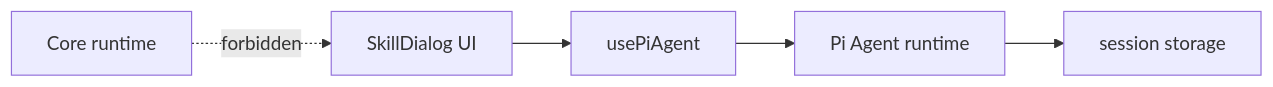
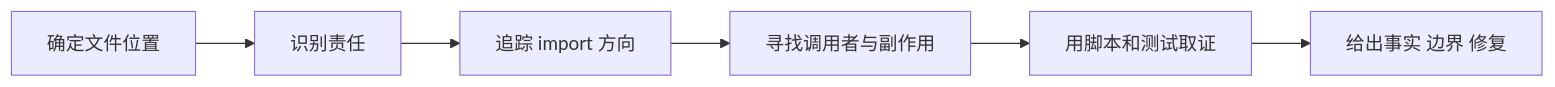
One commit to LavaCourage07/startupOS changed the diagram in learning-note/full-project-course-v2/textbook/part-a-system-foundation/A05-architecture-rules-as-reading-compass.md. Above: the diagram before and after it, drawn with Mermaid. The commit also changed other lines of this file and 560 other files, not shown here.

````diff
--- a/learning-note/full-project-course-v2/textbook/part-a-system-foundation/A05-architecture-rules-as-reading-compass.md
+++ b/learning-note/full-project-course-v2/textbook/part-a-system-foundation/A05-architecture-rules-as-reading-compass.md
@@ -31,7 +11,8 @@
 ```mermaid
 flowchart LR
-    Dialog[SkillDialog UI] --> Hook[usePiAgent]
-    Hook --> Runtime[Pi Agent runtime]
-    Runtime --> Storage[session storage]
-    Bad[Core runtime] -. forbidden .-> Dialog
+    A[确定文件位置] --> B[识别责任]
+    B --> C[追踪 import 方向]
+    C --> D[寻找调用者与副作用]
+    D --> E[用脚本和测试取证]
+    E --> F[给出事实 边界 修复]
 ```
````
